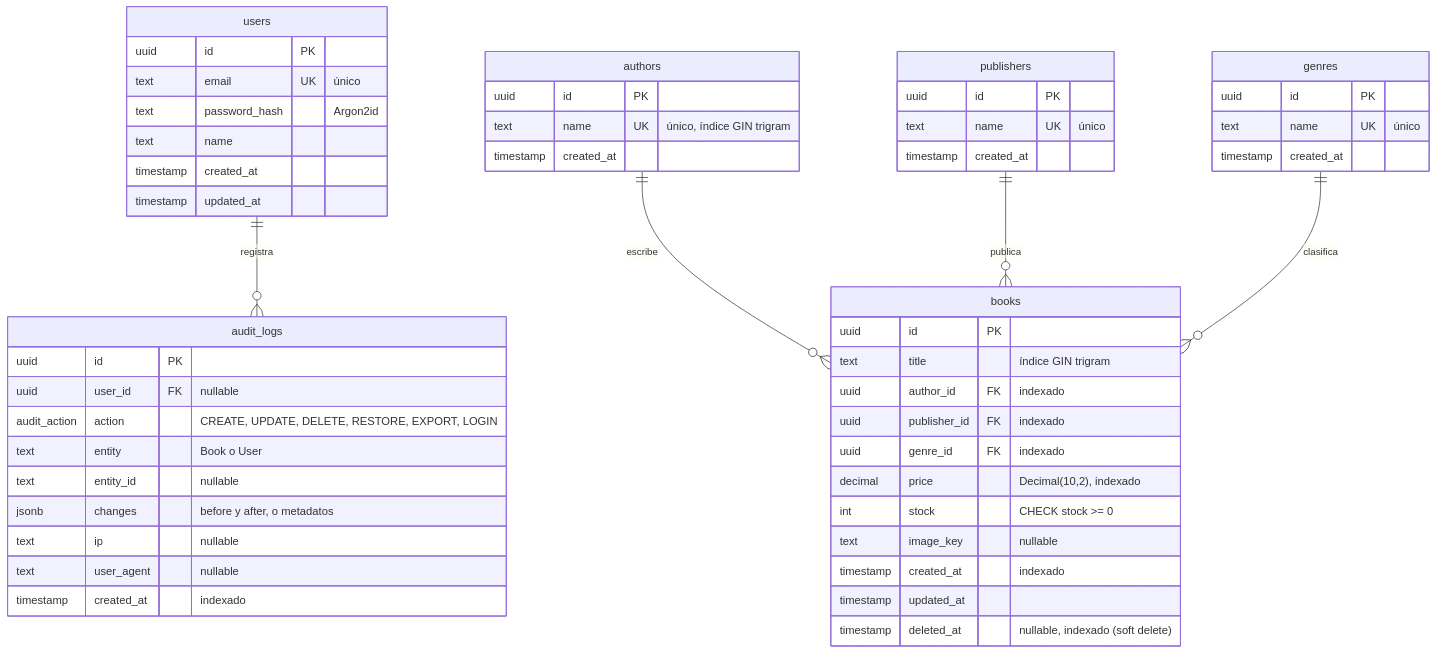
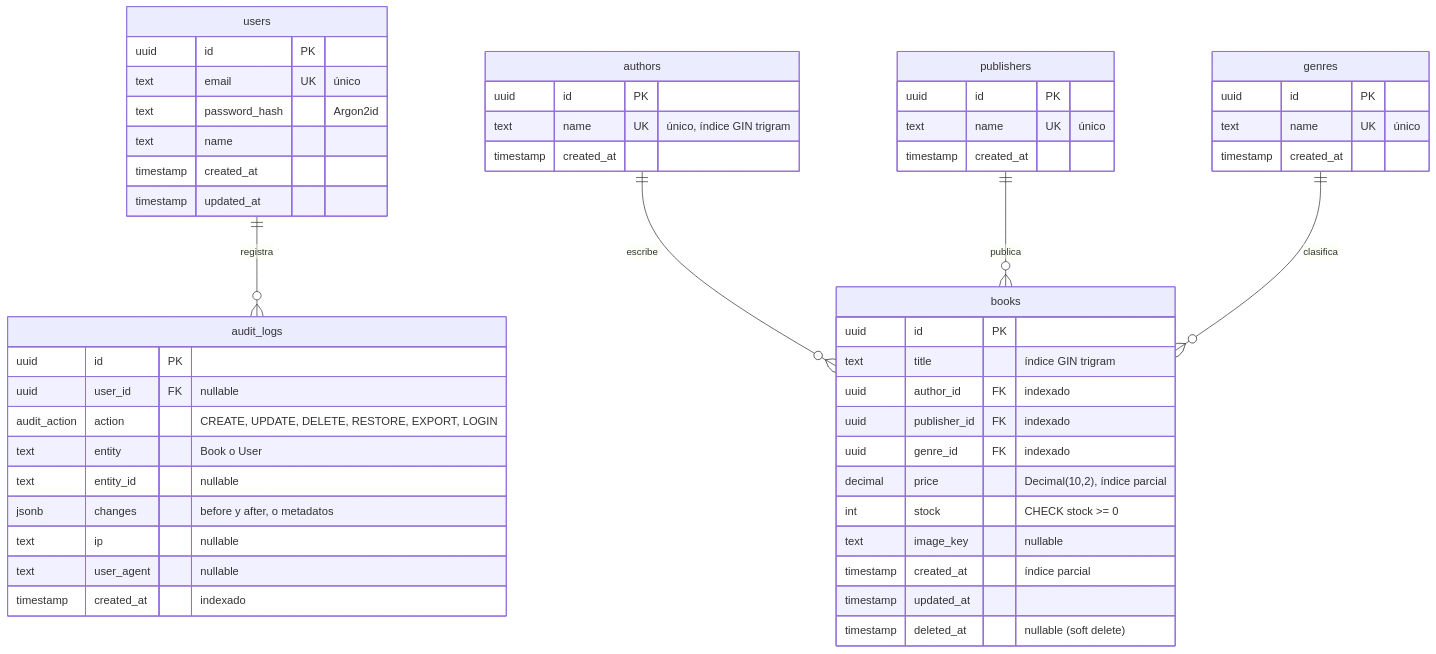
One commit to erikjara/cmpc-libros changed the diagram in docs/database.md. Above: the diagram before and after it, drawn with Mermaid. The commit also changed other lines of this file and 3 other files, not shown here.

````diff
--- a/docs/database.md
+++ b/docs/database.md
@@ -10,60 +10,60 @@
 ```mermaid
 erDiagram
     users ||--o{ audit_logs : "registra"
     authors ||--o{ books : "escribe"
     publishers ||--o{ books : "publica"
     genres ||--o{ books : "clasifica"
 
     users {
         uuid id PK
         text email UK "único"
         text password_hash "Argon2id"
         text name
         timestamp created_at
         timestamp updated_at
     }
 
     authors {
         uuid id PK
         text name UK "único, índice GIN trigram"
         timestamp created_at
     }
 
     publishers {
         uuid id PK
         text name UK "único"
         timestamp created_at
     }
 
     genres {
         uuid id PK
         text name UK "único"
         timestamp created_at
     }
 
     books {
         uuid id PK
         text title "índice GIN trigram"
         uuid author_id FK "indexado"
         uuid publisher_id FK "indexado"
         uuid genre_id FK "indexado"
-        decimal price "Decimal(10,2), indexado"
+        decimal price "Decimal(10,2), índice parcial"
         int stock "CHECK stock >= 0"
         text image_key "nullable"
-        timestamp created_at "indexado"
+        timestamp created_at "índice parcial"
         timestamp updated_at
-        timestamp deleted_at "nullable, indexado (soft delete)"
+        timestamp deleted_at "nullable (soft delete)"
     }
 
     audit_logs {
         uuid id PK
         uuid user_id FK "nullable"
         audit_action action "CREATE, UPDATE, DELETE, RESTORE, EXPORT, LOGIN"
         text entity "Book o User"
         text entity_id "nullable"
         jsonb changes "before y after, o metadatos"
         text ip "nullable"
         text user_agent "nullable"
         timestamp created_at "indexado"
     }
 ```
````
